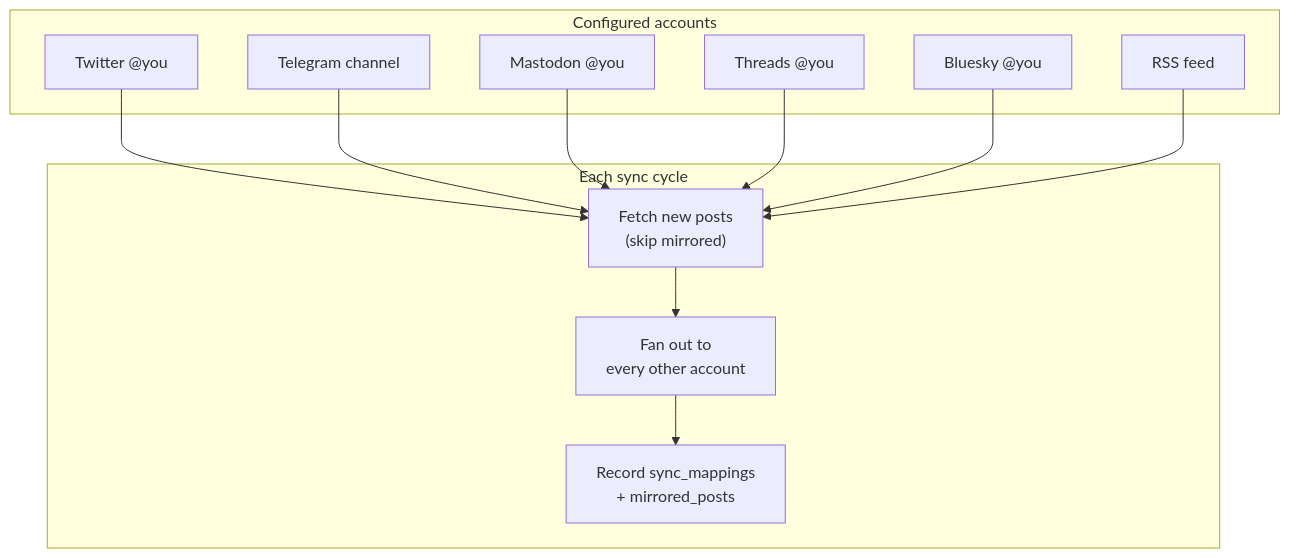
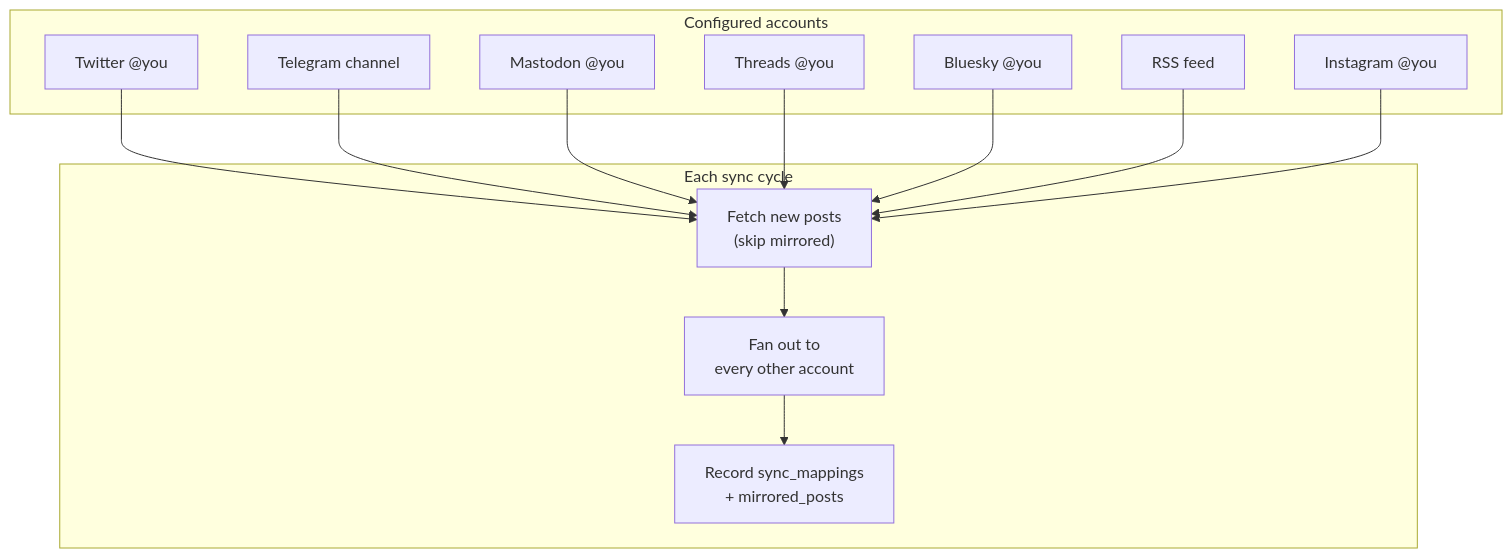
One commit to vas3k/be-everywhere-bot changed the diagram in README.md. Above: the diagram before and after it, drawn with Mermaid. The commit also changed other lines of this file and 6 other files, not shown here.

````diff
--- a/README.md
+++ b/README.md
@@ -126,25 +141,27 @@
 ```mermaid
 flowchart TB
     subgraph accounts [Configured accounts]
         TW["Twitter @you"]
         TG["Telegram channel"]
         M["Mastodon @you"]
         TH["Threads @you"]
         BS["Bluesky @you"]
         RSS["RSS feed"]
+        IG["Instagram @you"]
     end
 
     subgraph sync [Each sync cycle]
         Fetch["Fetch new posts\n(skip mirrored)"]
         Fan["Fan out to\nevery other account"]
         Map["Record sync_mappings\n+ mirrored_posts"]
     end
 
     TW --> Fetch
     TG --> Fetch
     M --> Fetch
     TH --> Fetch
     BS --> Fetch
     RSS --> Fetch
+    IG --> Fetch
     Fetch --> Fan --> Map
 ```
````
